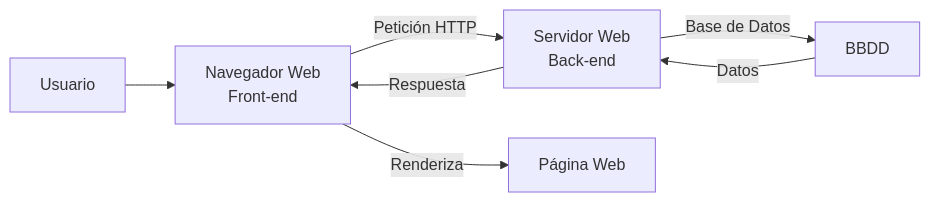
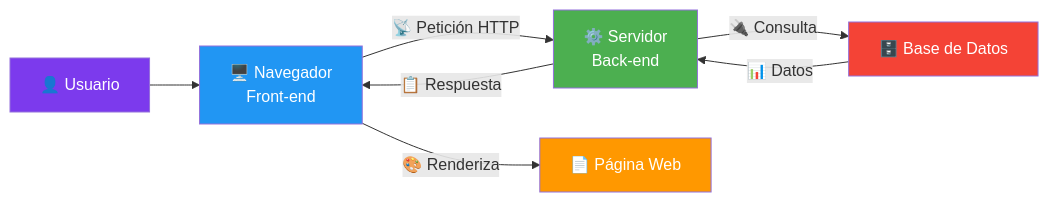
The second of 4 diagrams in 01-introduccion-web.md (joseluisgs/DesarrolloWebEntornosServidor-01-2026-2027), drawn with Mermaid before and after one commit. The commit also changed other lines of this file, not shown here.

````diff
--- a/01-introduccion-web.md
+++ b/01-introduccion-web.md
@@ -57,9 +78,15 @@
 ```mermaid
 graph LR
-    A[Usuario] --> B[Navegador Web<br/>Front-end]
-    B -->|Petición HTTP| C[Servidor Web<br/>Back-end]
-    C -->|Respuesta| B
-    B -->|Renderiza| D[Página Web]
-    C -->|Base de Datos| E[BBDD]
-    E -->|Datos| C
+    A["👤 Usuario"] --> B["🖥️ Navegador<br/>Front-end"]
+    B -->|"📡 Petición HTTP"| C["⚙️ Servidor<br/>Back-end"]
+    C -->|"📋 Respuesta"| B
+    B -->|"🎨 Renderiza"| D["📄 Página Web"]
+    C -->|"🔌 Consulta"| E["🗄️ Base de Datos"]
+    E -->|"📊 Datos"| C
+
+    style A fill:#7c3aed,color:#fff
+    style B fill:#2196F3,color:#fff
+    style C fill:#4CAF50,color:#fff
+    style D fill:#FF9800,color:#fff
+    style E fill:#f44336,color:#fff
 ```
````
